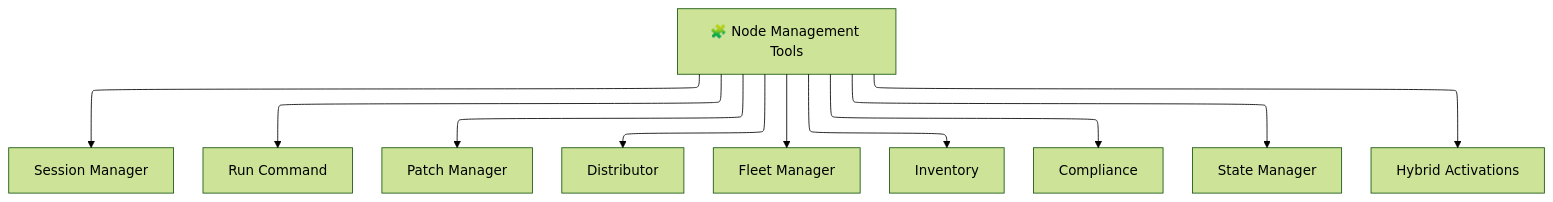
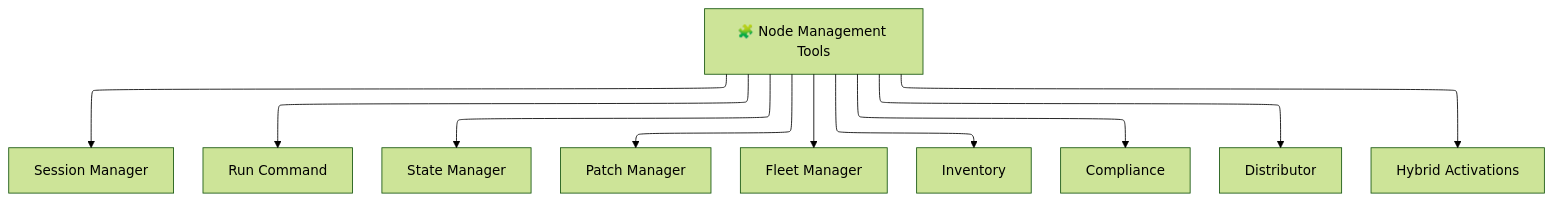
The first of 5 diagrams in aws-services/1.management-governance/4.1.system-manager/1.2.ssm-tools.md (hadywafa/AwsHub), drawn with Mermaid (forest theme) before and after one commit. The commit also changed other lines of this file and 17 other files, not shown here.

````diff
--- a/aws-services/1.management-governance/4.1.system-manager/1.2.ssm-tools.md
+++ b/aws-services/1.management-governance/4.1.system-manager/1.2.ssm-tools.md
@@ -13,19 +13,19 @@
 ```mermaid
 ---
 config:
   layout: elk
   elk:
     mergeEdges: false
     nodePlacementStrategy: LINEAR_SEGMENTS
 ---
 flowchart TD
   A[🧩 Node Management Tools] --> B1[Session Manager]
   A --> B2[Run Command]
+  A --> B8[State Manager]
   A --> B3[Patch Manager]
-  A --> B4[Distributor]
   A --> B5[Fleet Manager]
   A --> B6[Inventory]
   A --> B7[Compliance]
-  A --> B8[State Manager]
+  A --> B4[Distributor]
   A --> B9[Hybrid Activations]
 ```
````
